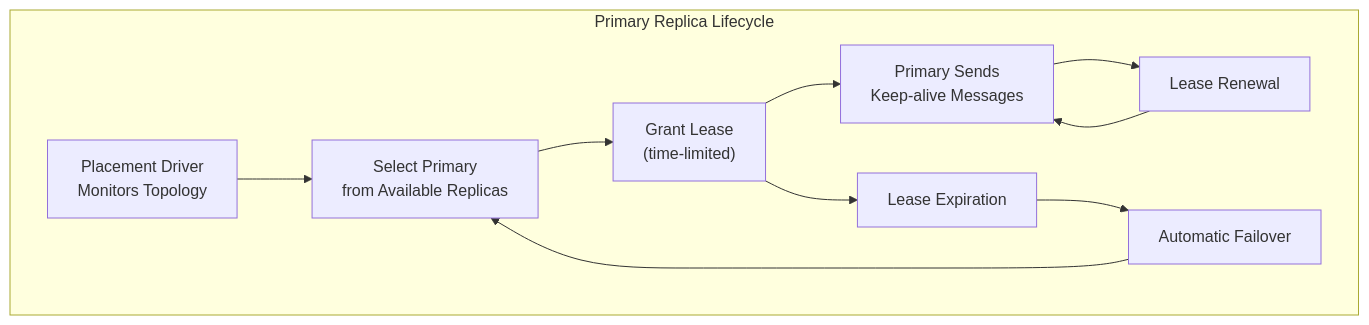
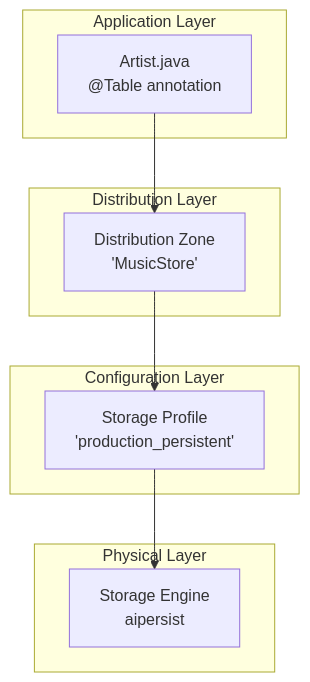
Before and after one commit to maglietti/ignite3-java-api-primer: the second of 4 diagrams in docs/01-foundation/03-distributed-data-fundamentals.md, drawn with Mermaid. The commit also changed other lines of this file, not shown here.

````diff
--- a/docs/01-foundation/03-distributed-data-fundamentals.md
+++ b/docs/01-foundation/03-distributed-data-fundamentals.md
@@ -254,14 +61,22 @@
 ```mermaid
 graph TB
-    subgraph "Primary Replica Lifecycle"
-        MONITOR["Placement Driver<br/>Monitors Topology"] --> SELECT["Select Primary<br/>from Available Replicas"]
-        SELECT --> GRANT["Grant Lease<br/>(time-limited)"]
-        GRANT --> KEEPALIVE["Primary Sends<br/>Keep-alive Messages"]
-        KEEPALIVE --> RENEW["Lease Renewal"]
-        RENEW --> KEEPALIVE
-        
-        GRANT --> EXPIRE["Lease Expiration"]
-        EXPIRE --> FAILOVER["Automatic Failover"]
-        FAILOVER --> SELECT
+    subgraph "Application Layer"
+        ENTITY["Artist.java<br/>@Table annotation"]
     end
+    
+    subgraph "Distribution Layer"
+        ZONE["Distribution Zone<br/>'MusicStore'"]
+    end
+    
+    subgraph "Configuration Layer"
+        PROFILE["Storage Profile<br/>'production_persistent'"]
+    end
+    
+    subgraph "Physical Layer"
+        ENGINE["Storage Engine<br/>aipersist"]
+    end
+    
+    ENTITY --> ZONE
+    ZONE --> PROFILE
+    PROFILE --> ENGINE
 ```
````
